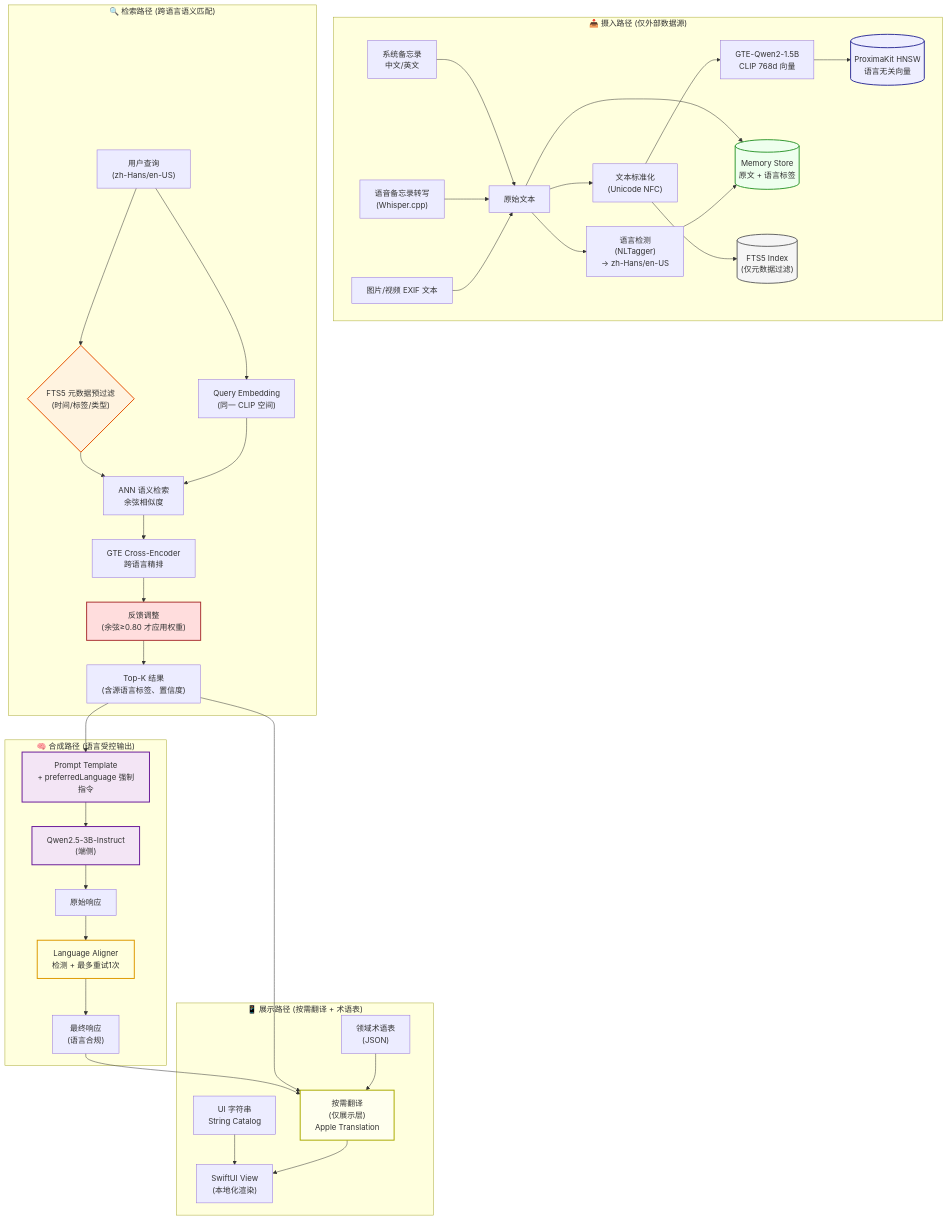
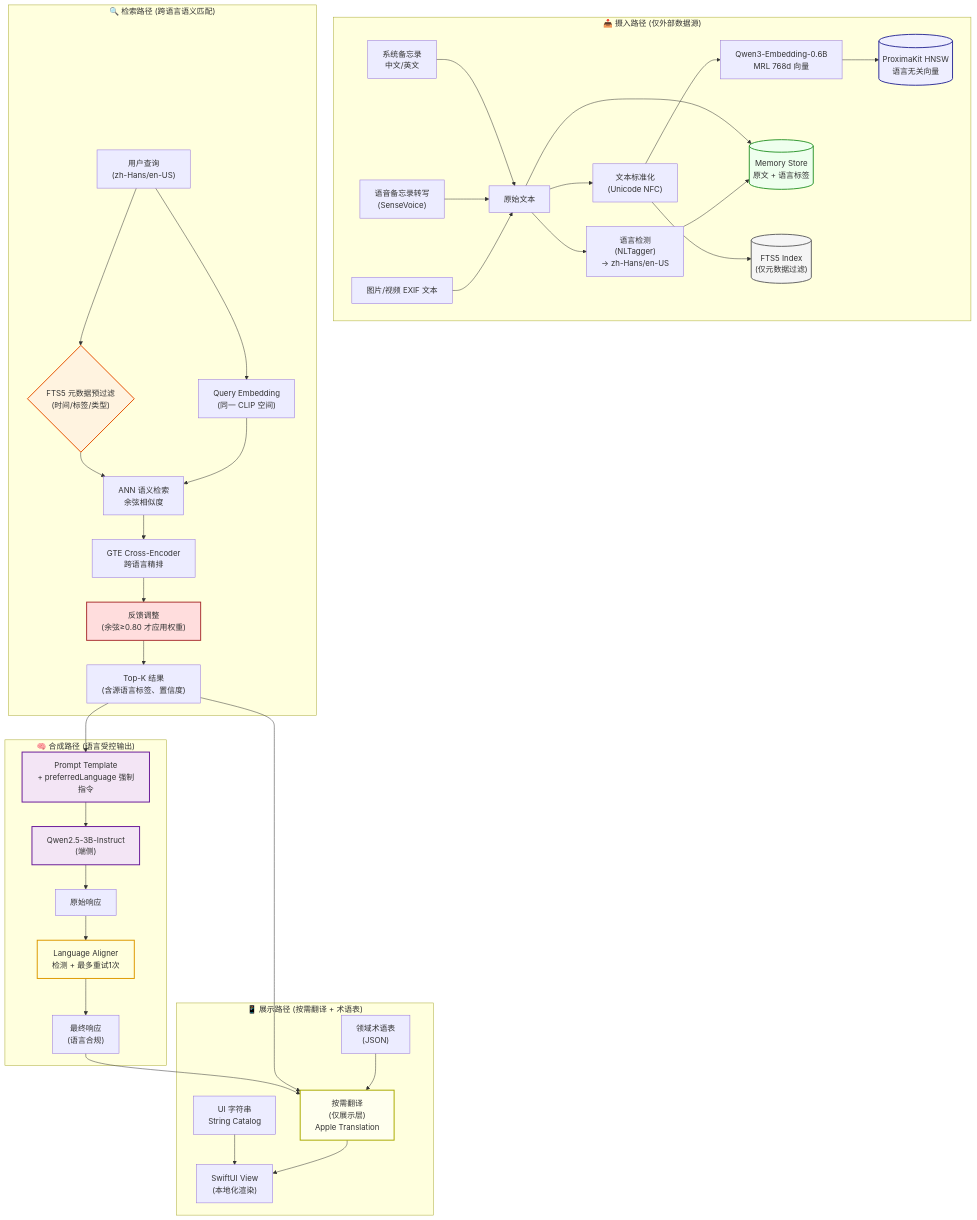
Before and after one commit to logan-suu/Echo: the first of 3 diagrams in docs/03-implementation/双语言实现说明文档.md, drawn with Mermaid. The commit also changed other lines of this file and 11 other files, not shown here.

```diff
--- a/docs/03-implementation/双语言实现说明文档.md
+++ b/docs/03-implementation/双语言实现说明文档.md
@@ -46,13 +46,13 @@
 flowchart TB
     subgraph Ingest["📥 摄入路径 (仅外部数据源)"]
         Memo["系统备忘录<br/>中文/英文"]
-        Voice["语音备忘录转写<br/>(Whisper.cpp)"]
+        Voice["语音备忘录转写<br/>(SenseVoice)"]
         Photo["图片/视频 EXIF 文本"]
 
         RawText["原始文本"]
         LangDetect["语言检测<br/>(NLTagger)<br/>→ zh-Hans/en-US"]
         Normalize["文本标准化<br/>(Unicode NFC)"]
-        Embed["GTE-Qwen2-1.5B<br/>CLIP 768d 向量"]
+        Embed["Qwen3-Embedding-0.6B<br/>MRL 768d 向量"]
         VecStore[("ProximaKit HNSW<br/>语言无关向量")]
         MemStore[("Memory Store<br/>原文 + 语言标签")]
         FTSIndex[("FTS5 Index<br/>(仅元数据过滤)")]
```
